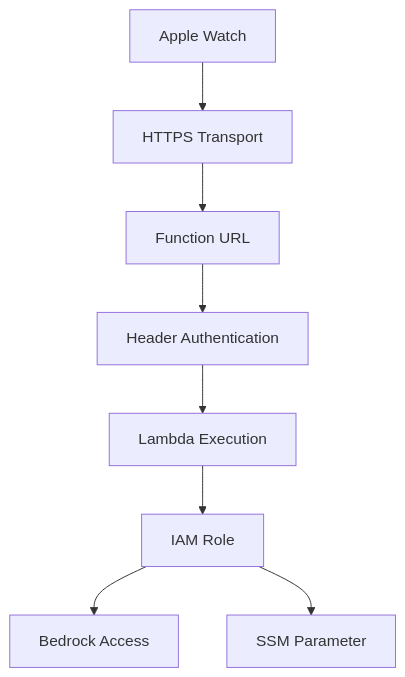
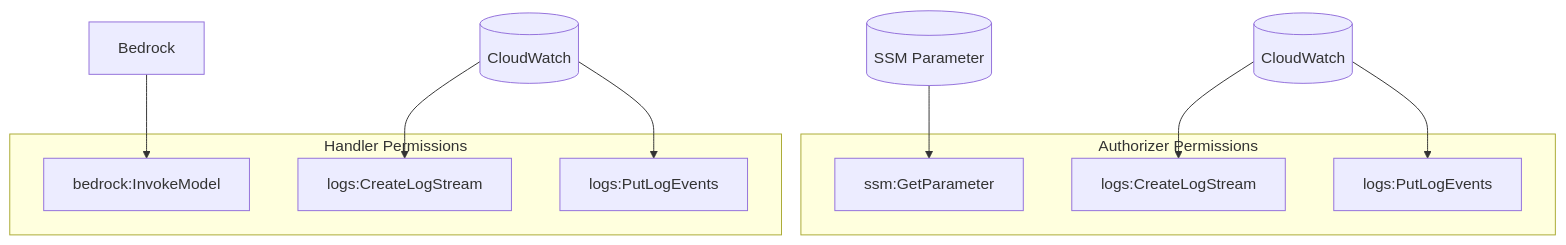
One commit to Stealinglight/wrist-agent changed the fourth of 7 diagrams in docs/docs/security.md. Above: the diagram before and after it, drawn with Mermaid. The commit also changed other lines of this file and 11 other files, not shown here.

First line of the commit message:
feat: replace Lambda Function URL with API Gateway + Lambda Authorizer

````diff
--- a/docs/docs/security.md
+++ b/docs/docs/security.md
@@ -13,10 +139,21 @@
 ```mermaid
-graph TD
-    A[Apple Watch] --> B[HTTPS Transport]
-    B --> C[Function URL]
-    C --> D[Header Authentication]
-    D --> E[Lambda Execution]
-    E --> F[IAM Role]
-    F --> G[Bedrock Access]
-    F --> H[SSM Parameter]
+flowchart TB
+    subgraph Authorizer["Authorizer Permissions"]
+        A1[ssm:GetParameter]
+        A2[logs:CreateLogStream]
+        A3[logs:PutLogEvents]
+    end
+    
+    subgraph Handler["Handler Permissions"]
+        H1[bedrock:InvokeModel]
+        H2[logs:CreateLogStream]
+        H3[logs:PutLogEvents]
+    end
+    
+    SSM[(SSM Parameter)] --> A1
+    CW1[(CloudWatch)] --> A2
+    CW1 --> A3
+    BR[Bedrock] --> H1
+    CW2[(CloudWatch)] --> H2
+    CW2 --> H3
 ```
````
